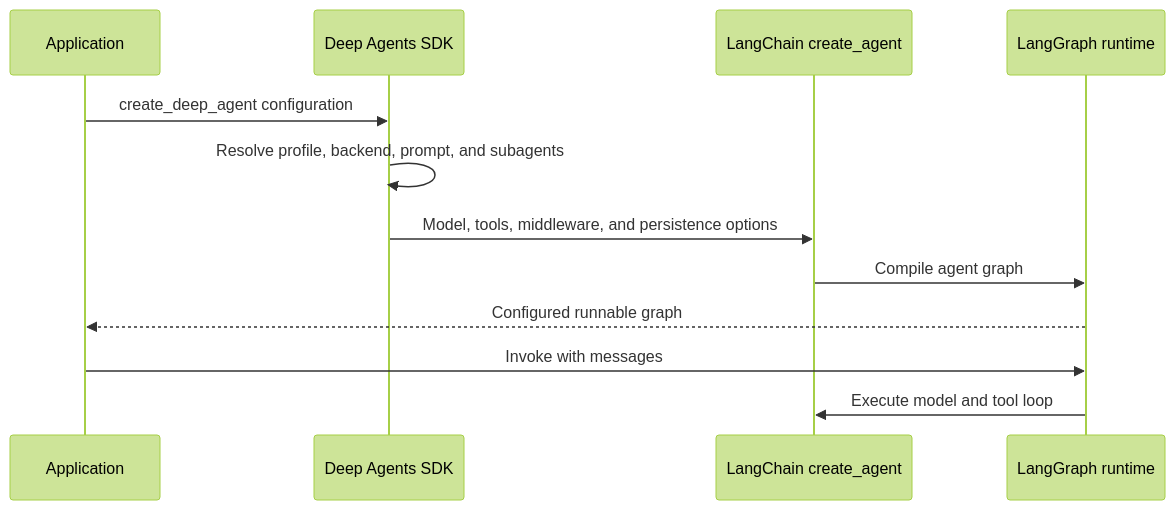
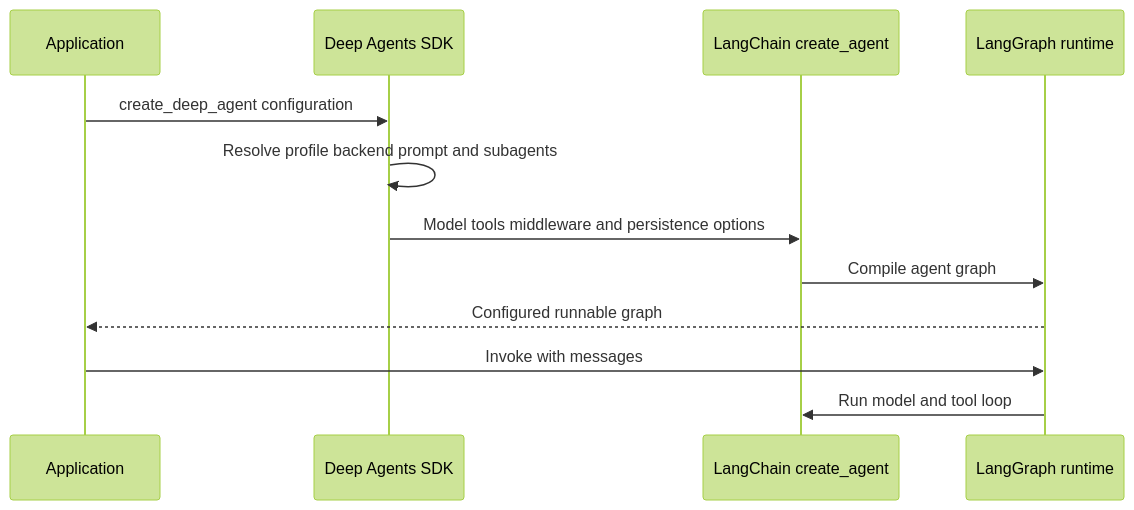
One commit to langchain-ai/deepagents changed the second of 2 diagrams in openwiki/architecture/overview.md. Above: the diagram before and after it, drawn with Mermaid (forest theme). The commit also changed other lines of this file and 63 other files, not shown here.

````diff
--- a/openwiki/architecture/overview.md
+++ b/openwiki/architecture/overview.md
@@ -86,14 +80,14 @@
 ```mermaid
 sequenceDiagram
-  participant App as Application
+  participant Application
   participant SDK as Deep Agents SDK
   participant LC as LangChain create_agent
   participant LG as LangGraph runtime
-  App->>SDK: create_deep_agent configuration
-  SDK->>SDK: Resolve profile, backend, prompt, and subagents
-  SDK->>LC: Model, tools, middleware, and persistence options
+  Application->>SDK: create_deep_agent configuration
+  SDK->>SDK: Resolve profile backend prompt and subagents
+  SDK->>LC: Model tools middleware and persistence options
   LC->>LG: Compile agent graph
-  LG-->>App: Configured runnable graph
-  App->>LG: Invoke with messages
-  LG->>LC: Execute model and tool loop
+  LG-->>Application: Configured runnable graph
+  Application->>LG: Invoke with messages
+  LG->>LC: Run model and tool loop
 ```
````
